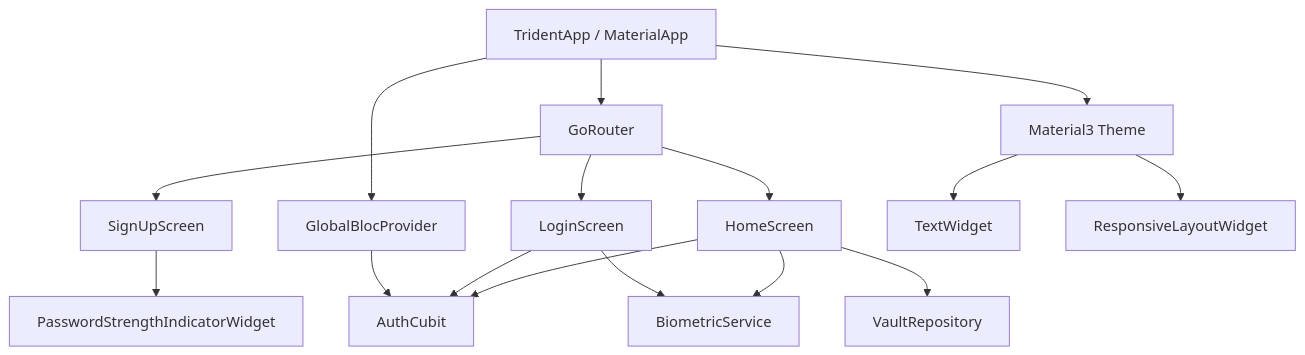
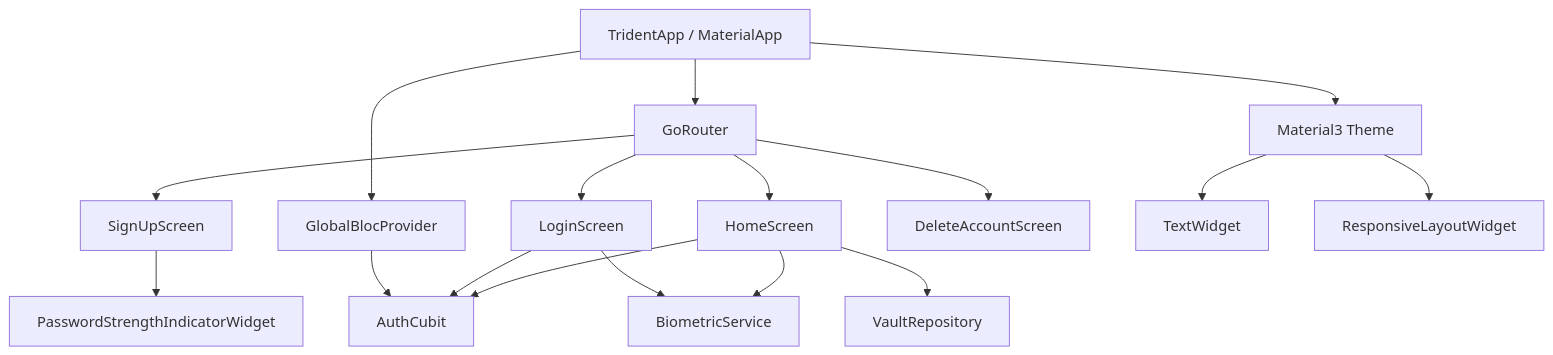
Before and after one commit to Mikeruss1418/Trident: diagram 19 of 20 in docs/DEVELOPER_GUIDE.md, drawn with Mermaid. The commit also changed other lines of this file and 16 other files, not shown here.

````diff
--- a/docs/DEVELOPER_GUIDE.md
+++ b/docs/DEVELOPER_GUIDE.md
@@ -1138,21 +1192,22 @@
 ```mermaid
 flowchart TD
     App[TridentApp / MaterialApp] --> Router[GoRouter]
     App --> Theme[Material3 Theme]
     App --> GlobalBloc[GlobalBlocProvider]
 
     GlobalBloc --> AuthCubit
     Router --> SignUp[SignUpScreen]
     Router --> Login[LoginScreen]
     Router --> Home[HomeScreen]
+    Router --> DeleteAccount[DeleteAccountScreen]
 
     SignUp --> PasswordStrength[PasswordStrengthIndicatorWidget]
     Login --> AuthCubit
     Login --> BiometricService
     Home --> AuthCubit
     Home --> VaultRepository
     Home --> BiometricService
 
     Theme --> TextWidget
     Theme --> ResponsiveLayout[ResponsiveLayoutWidget]
 ```
````
